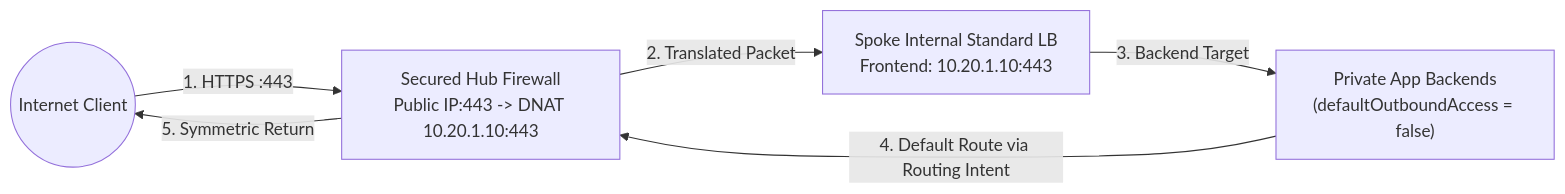
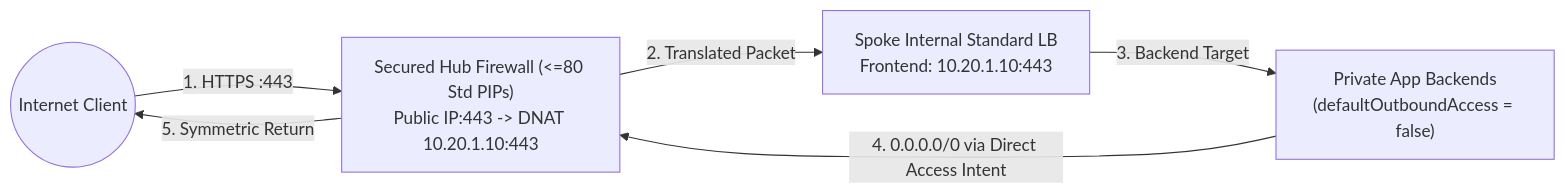
Before and after one commit to jonathan-vella/azure-networking: the diagram in src/content/docs/06-operations-reviews/vwan-architecture-faq.md, drawn with Mermaid. The commit also changed other lines of this file and 4 other files, not shown here.

````diff
--- a/src/content/docs/06-operations-reviews/vwan-architecture-faq.md
+++ b/src/content/docs/06-operations-reviews/vwan-architecture-faq.md
@@ -130,13 +108,13 @@
 ```mermaid
 flowchart LR
   Client(("Internet Client"))
-  HubFW["Secured Hub Firewall<br/>Public IP:443 -> DNAT 10.20.1.10:443"]
+  HubFW["Secured Hub Firewall (<=80 Std PIPs)<br/>Public IP:443 -> DNAT 10.20.1.10:443"]
   ILB["Spoke Internal Standard LB<br/>Frontend: 10.20.1.10:443"]
   Pool["Private App Backends<br/>(defaultOutboundAccess = false)"]
 
   Client -->|1. HTTPS :443| HubFW
   HubFW -->|2. Translated Packet| ILB
   ILB -->|3. Backend Target| Pool
-  Pool -->|4. Default Route via Routing Intent| HubFW
+  Pool -->|4. 0.0.0.0/0 via Direct Access Intent| HubFW
   HubFW -->|5. Symmetric Return| Client
 ```
````
